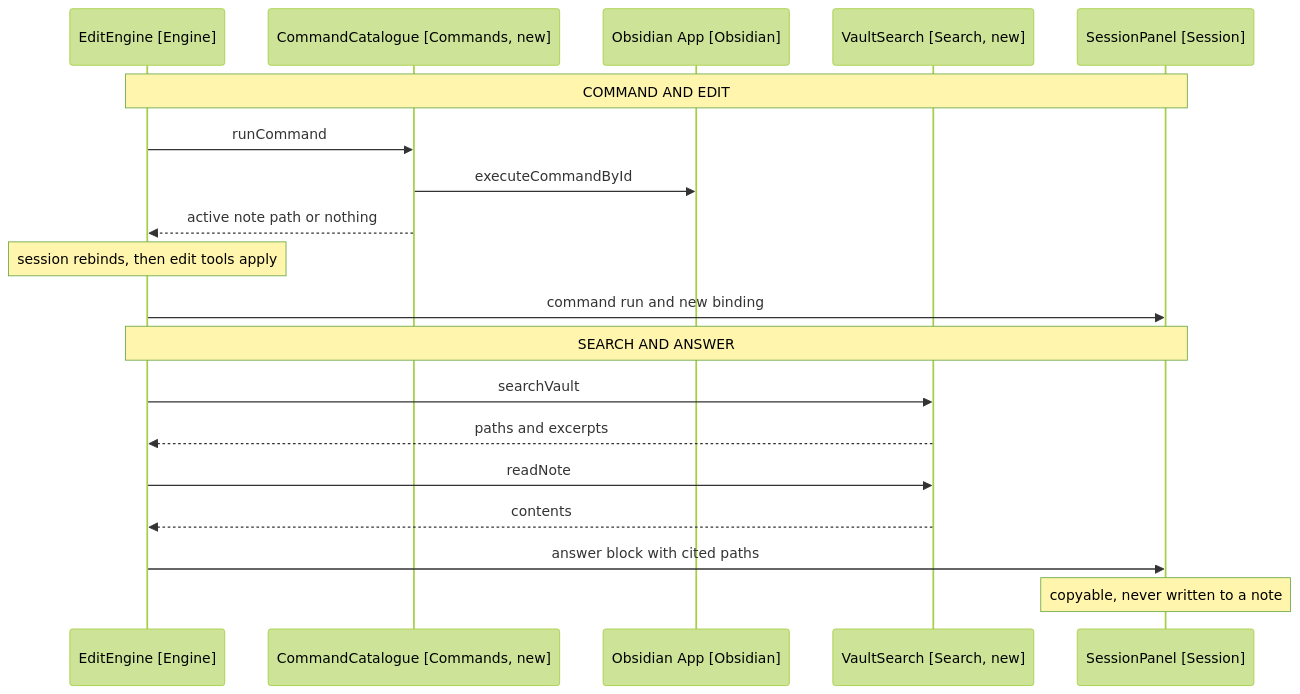
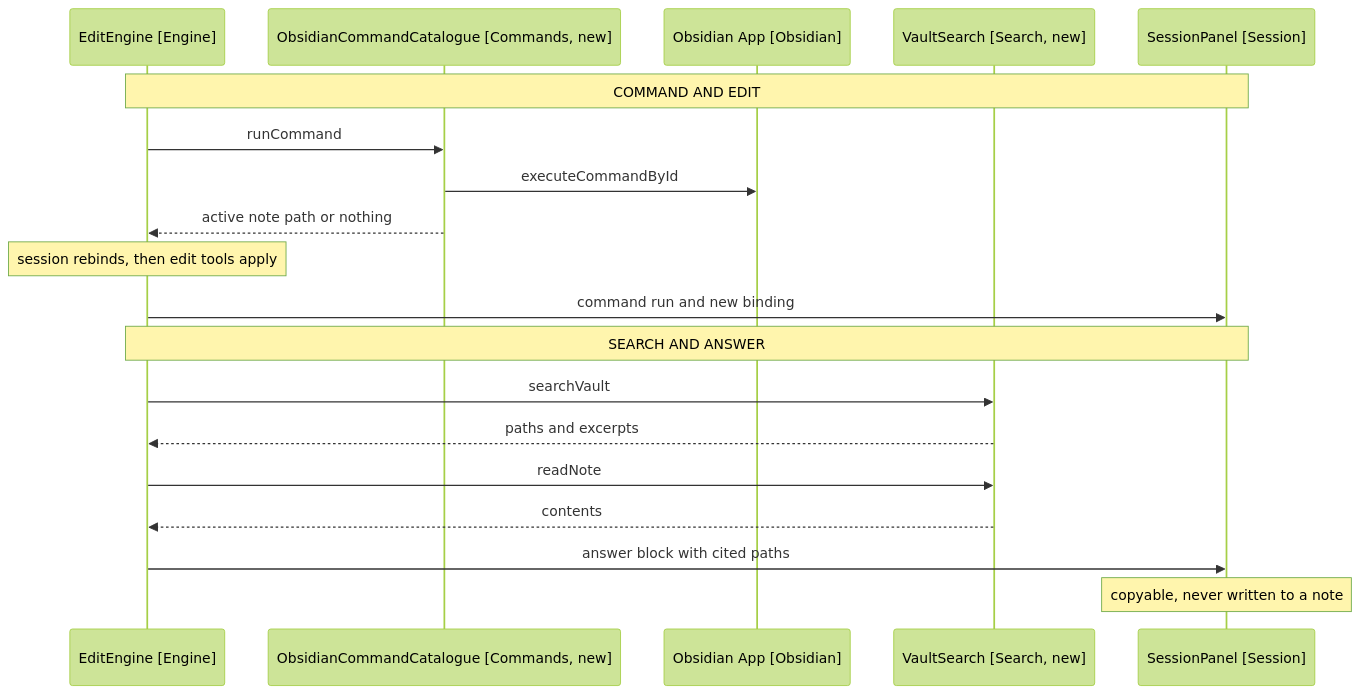
One commit to iparips/obsidian-owl changed the diagram in docs/spec/4-harness-mvp/02-requirements.md. Above: the diagram before and after it, drawn with Mermaid (forest theme). The commit also changed 71 other files, not shown here.

````diff
--- a/docs/spec/4-harness-mvp/02-requirements.md
+++ b/docs/spec/4-harness-mvp/02-requirements.md
@@ -73,23 +73,23 @@
 ```mermaid
 sequenceDiagram
     participant Engine as EditEngine [Engine]
-    participant Commands as CommandCatalogue [Commands, new]
+    participant Commands as ObsidianCommandCatalogue [Commands, new]
     participant Obsidian as Obsidian App [Obsidian]
     participant Search as VaultSearch [Search, new]
     participant Panel as SessionPanel [Session]
 
     Note over Engine,Panel: COMMAND AND EDIT
     Engine->>Commands: runCommand
     Commands->>Obsidian: executeCommandById
     Commands-->>Engine: active note path or nothing
     Note over Engine: session rebinds, then edit tools apply
     Engine->>Panel: command run and new binding
 
     Note over Engine,Panel: SEARCH AND ANSWER
     Engine->>Search: searchVault
     Search-->>Engine: paths and excerpts
     Engine->>Search: readNote
     Search-->>Engine: contents
     Engine->>Panel: answer block with cited paths
     Note over Panel: copyable, never written to a note
 ```
````
